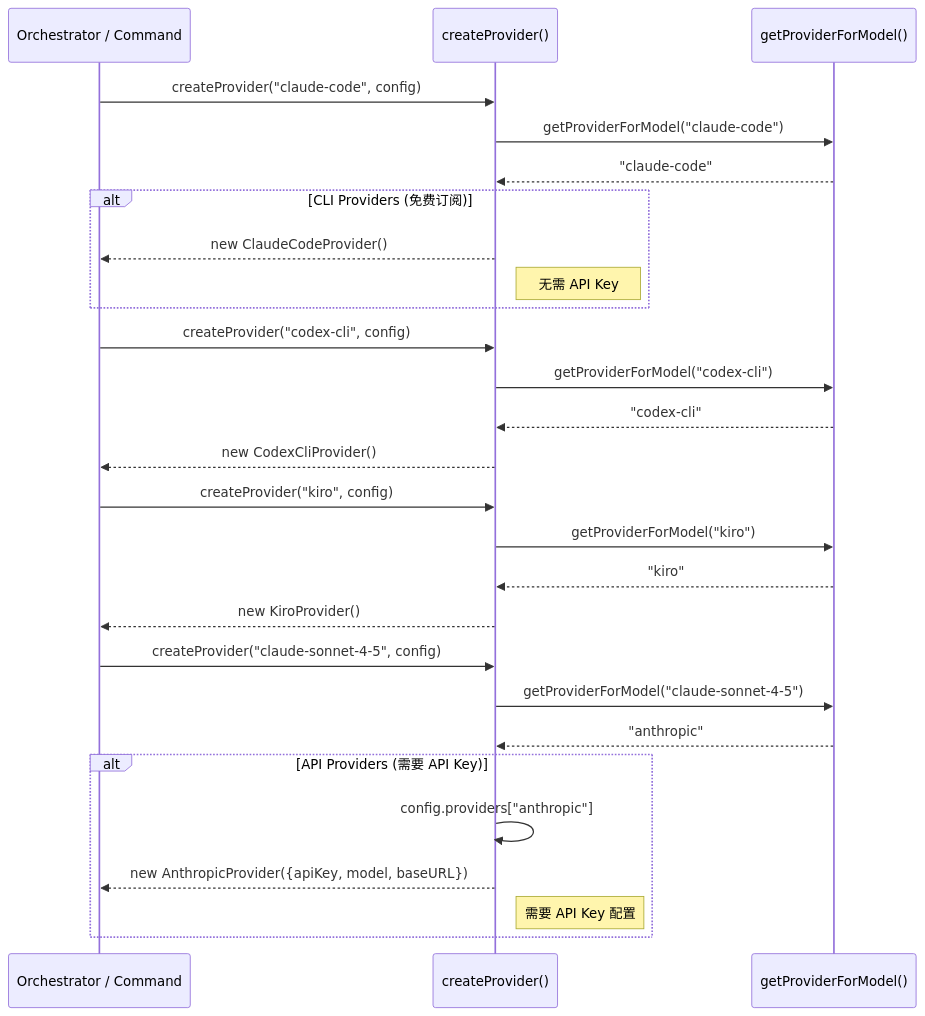
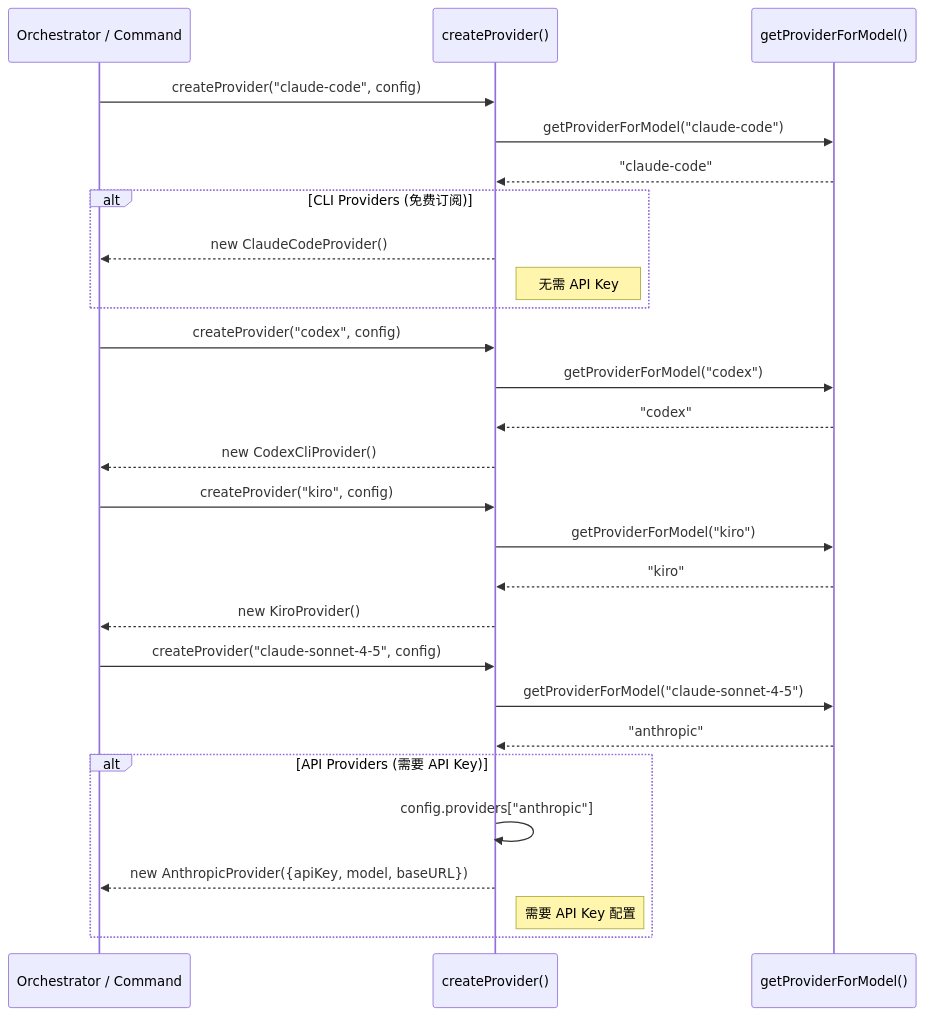
One commit to JamesSunXX/magpie_agent changed the fifth of 5 diagrams in magpie_sequence_diagrams.md. Above: the diagram before and after it, drawn with Mermaid. The commit also changed other lines of this file and 18 other files, not shown here.

Commit message:
refactor(reviewers): 将 codex-cli 重命名为 codex

````diff
--- a/magpie_sequence_diagrams.md
+++ b/magpie_sequence_diagrams.md
@@ -277,35 +277,35 @@
 ```mermaid
 sequenceDiagram
     participant Caller as Orchestrator / Command
     participant Factory as createProvider()
     participant GPM as getProviderForModel()
 
     Caller->>Factory: createProvider("claude-code", config)
     Factory->>GPM: getProviderForModel("claude-code")
     GPM-->>Factory: "claude-code"
 
     alt CLI Providers (免费订阅)
         Factory-->>Caller: new ClaudeCodeProvider()
         Note right of Factory: 无需 API Key
     end
 
-    Caller->>Factory: createProvider("codex-cli", config)
-    Factory->>GPM: getProviderForModel("codex-cli")
-    GPM-->>Factory: "codex-cli"
+    Caller->>Factory: createProvider("codex", config)
+    Factory->>GPM: getProviderForModel("codex")
+    GPM-->>Factory: "codex"
     Factory-->>Caller: new CodexCliProvider()
 
     Caller->>Factory: createProvider("kiro", config)
     Factory->>GPM: getProviderForModel("kiro")
     GPM-->>Factory: "kiro"
     Factory-->>Caller: new KiroProvider()
 
     Caller->>Factory: createProvider("claude-sonnet-4-5", config)
     Factory->>GPM: getProviderForModel("claude-sonnet-4-5")
     GPM-->>Factory: "anthropic"
 
     alt API Providers (需要 API Key)
         Factory->>Factory: config.providers["anthropic"]
         Factory-->>Caller: new AnthropicProvider({apiKey, model, baseURL})
         Note right of Factory: 需要 API Key 配置
     end
 ```
````
